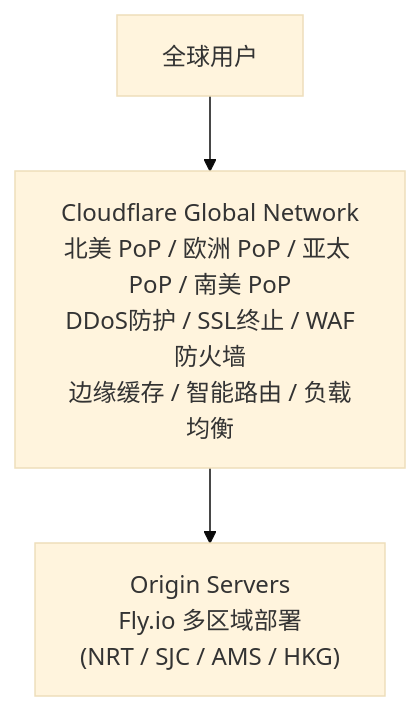
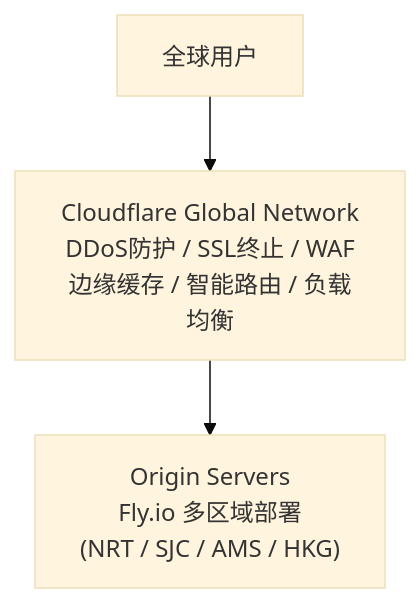
Before and after one commit to readmigo/docs: the fourth of 4 diagrams in 05-operations/monitoring/performance-optimization.md, drawn with Mermaid (base theme). The commit also changed other lines of this file and 27 other files, not shown here.

First line of the commit message:
audit: remove code snippets, update to 2-env architecture across operations and pipeline docs

````diff
--- a/05-operations/monitoring/performance-optimization.md
+++ b/05-operations/monitoring/performance-optimization.md
@@ -136,5 +85,5 @@
 ```mermaid
 graph TD
-    A["全球用户"] --> B["Cloudflare Global Network<br>北美 PoP / 欧洲 PoP / 亚太 PoP / 南美 PoP<br>DDoS防护 / SSL终止 / WAF防火墙<br>边缘缓存 / 智能路由 / 负载均衡"]
+    A["全球用户"] --> B["Cloudflare Global Network<br>DDoS防护 / SSL终止 / WAF<br>边缘缓存 / 智能路由 / 负载均衡"]
     B --> C["Origin Servers<br>Fly.io 多区域部署<br>(NRT / SJC / AMS / HKG)"]
 ```
````
